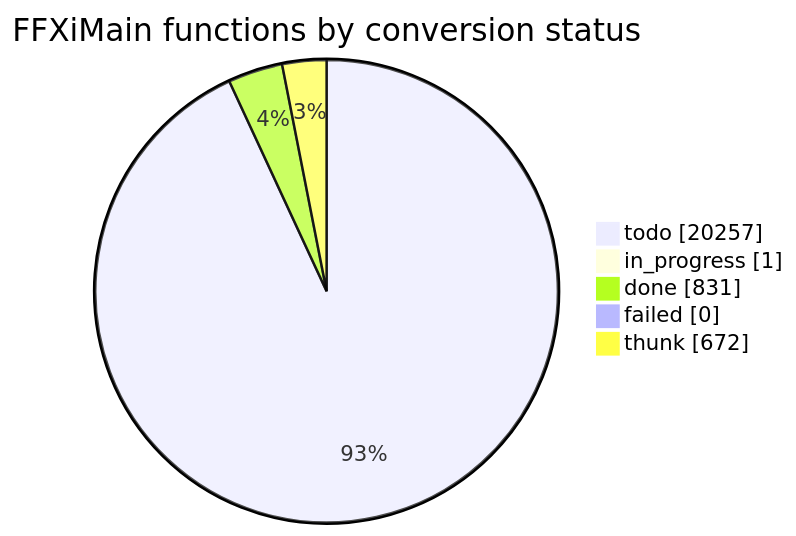
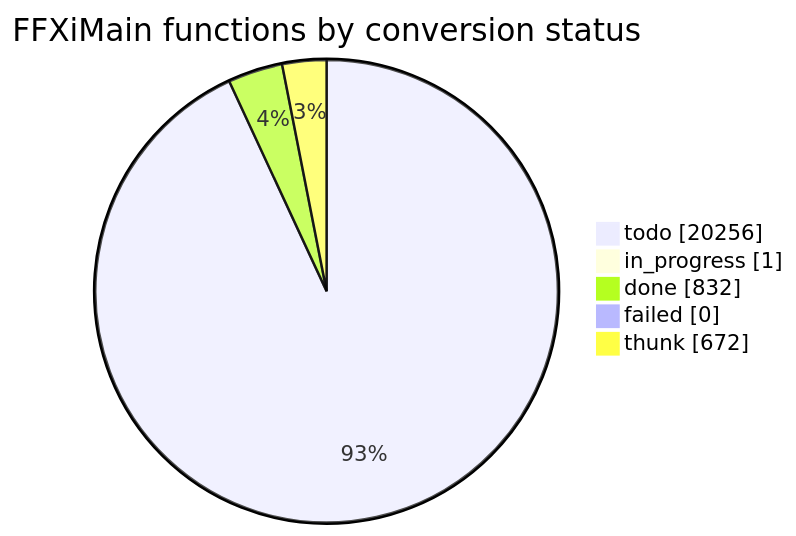
Before and after one commit to cowrevenge/cow_kuluu_xi_anything: the diagram in docs/cow/STATUS.md, drawn with Mermaid. The commit also changed other lines of this file and 9 other files, not shown here.

````diff
--- a/docs/cow/STATUS.md
+++ b/docs/cow/STATUS.md
@@ -18,9 +18,9 @@
 ```mermaid
 pie showData
     title FFXiMain functions by conversion status
-    "todo" : 20257
+    "todo" : 20256
     "in_progress" : 1
-    "done" : 831
+    "done" : 832
     "failed" : 0
     "thunk" : 672
 ```
````
